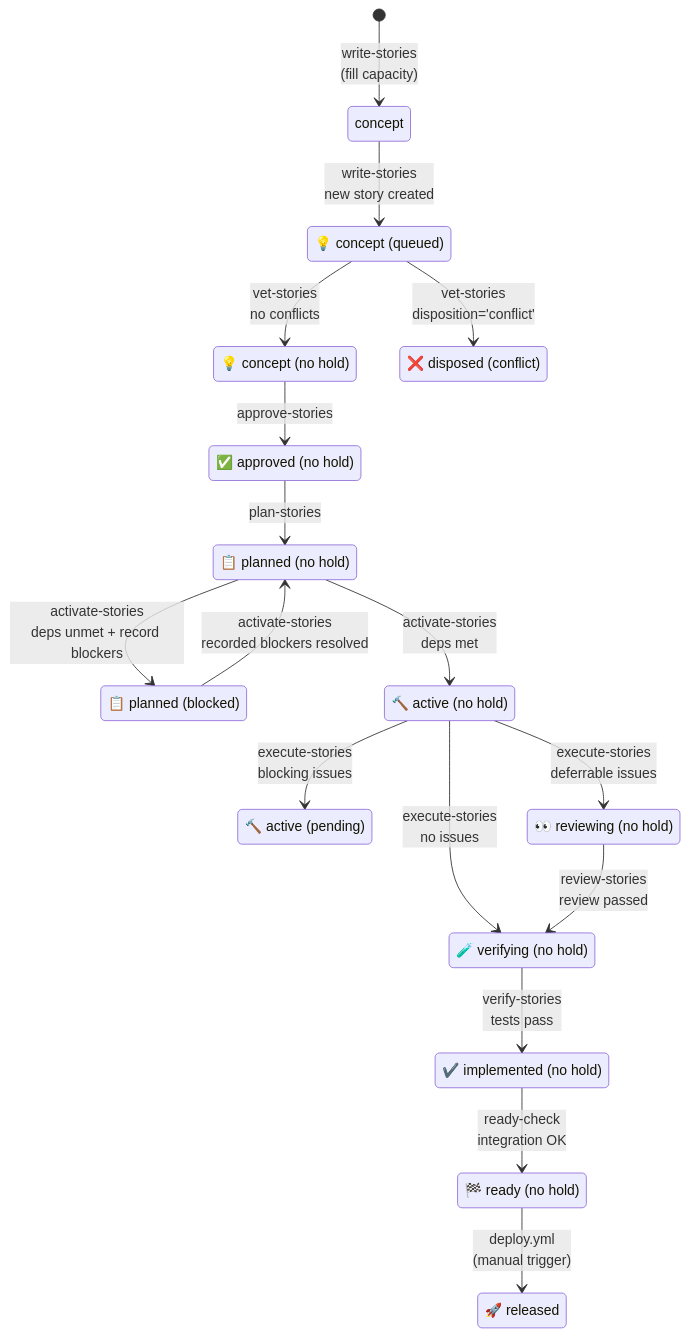
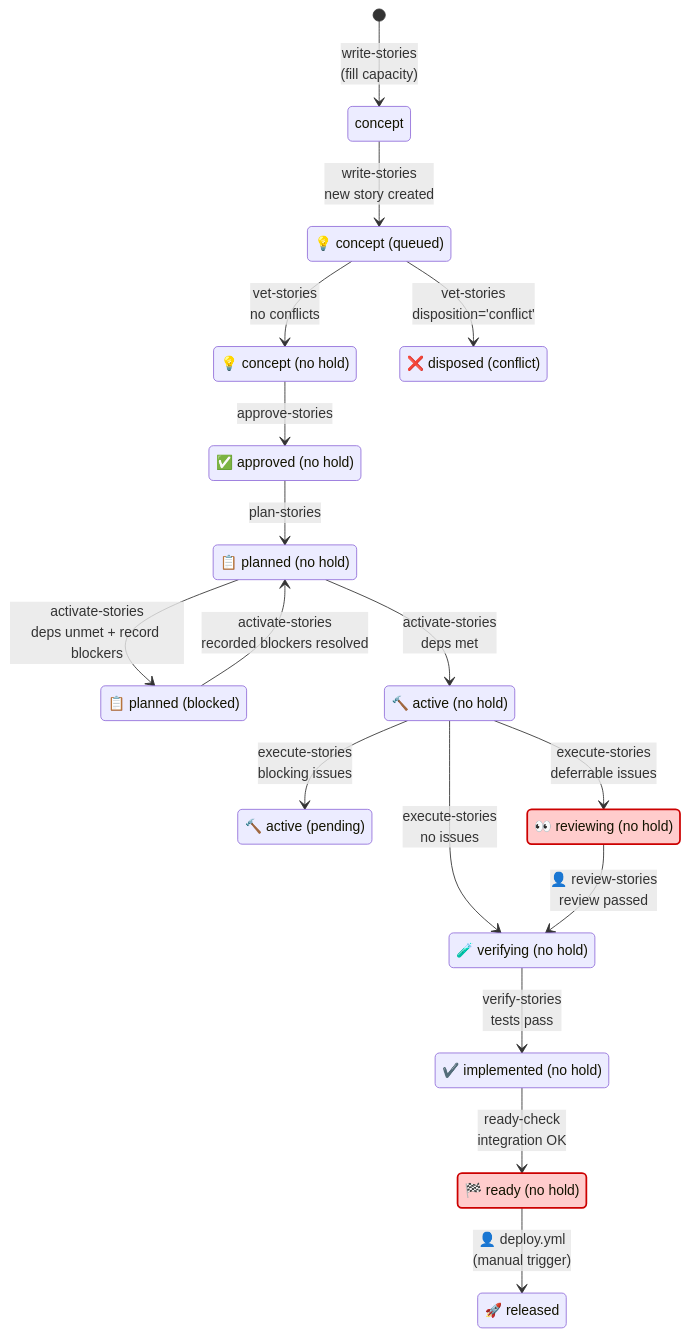
Before and after one commit to Mharbulous/SyncoPaid: the first of 4 diagrams in .claude/skills/story-tree/references/orchestrator-workflow-complete.md, drawn with Mermaid. The commit also changed other lines of this file, not shown here.

First line of the commit message:
docs: add human-required transition indicators to orchestrator workflow

````diff
--- a/.claude/skills/story-tree/references/orchestrator-workflow-complete.md
+++ b/.claude/skills/story-tree/references/orchestrator-workflow-complete.md
@@ -29,45 +29,50 @@
 ```mermaid
 stateDiagram-v2
     direction TB
 
     [*] --> concept: write-stories<br/>(fill capacity)
 
     state "💡 concept (queued)" as CONCEPT_QUEUED
     state "💡 concept (no hold)" as CONCEPT
     state "✅ approved (no hold)" as APPROVED
     state "📋 planned (no hold)" as PLANNED
     state "📋 planned (blocked)" as PLANNED_BLOCKED
     state "🔨 active (no hold)" as ACTIVE
     state "🔨 active (pending)" as ACTIVE_PENDING
     state "👀 reviewing (no hold)" as REVIEWING
     state "🧪 verifying (no hold)" as VERIFYING
     state "✔️ implemented (no hold)" as IMPLEMENTED
     state "🏁 ready (no hold)" as READY
     state "🚀 released" as RELEASED
     state "❌ disposed (conflict)" as DISPOSED
 
     concept --> CONCEPT_QUEUED: write-stories<br/>new story created
 
     CONCEPT_QUEUED --> CONCEPT: vet-stories<br/>no conflicts
     CONCEPT_QUEUED --> DISPOSED: vet-stories<br/>disposition='conflict'
 
     CONCEPT --> APPROVED: approve-stories
 
     APPROVED --> PLANNED: plan-stories
 
     PLANNED --> ACTIVE: activate-stories<br/>deps met
     PLANNED --> PLANNED_BLOCKED: activate-stories<br/>deps unmet + record blockers
     PLANNED_BLOCKED --> PLANNED: activate-stories<br/>recorded blockers resolved
 
     ACTIVE --> REVIEWING: execute-stories<br/>deferrable issues
     ACTIVE --> VERIFYING: execute-stories<br/>no issues
     ACTIVE --> ACTIVE_PENDING: execute-stories<br/>blocking issues
 
-    REVIEWING --> VERIFYING: review-stories<br/>review passed
+    REVIEWING --> VERIFYING: 👤 review-stories<br/>review passed
 
     VERIFYING --> IMPLEMENTED: verify-stories<br/>tests pass
 
     IMPLEMENTED --> READY: ready-check<br/>integration OK
 
-    READY --> RELEASED: deploy.yml<br/>(manual trigger)
+    READY --> RELEASED: 👤 deploy.yml<br/>(manual trigger)
+
+    %% Styling for human-required transitions
+    classDef humanRequired fill:#ffcccc,stroke:#cc0000,stroke-width:2px
+    class REVIEWING humanRequired
+    class READY humanRequired
 ```
````
